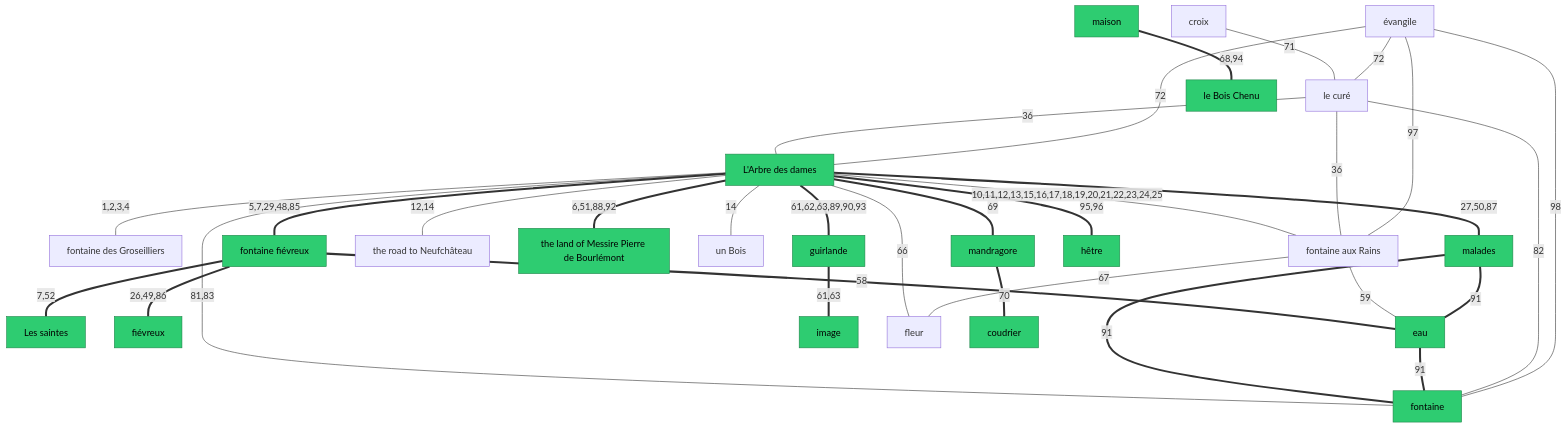
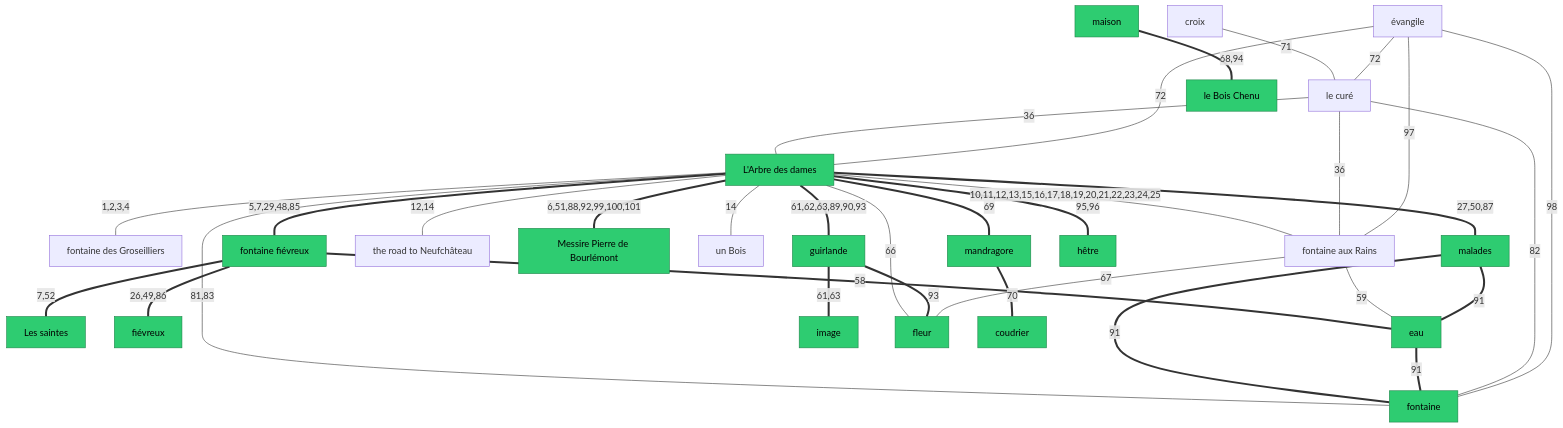
Before and after one commit to kitty-catt/the-location-of-the-arbre-des-dames-and-the-spring-of-joan-of-arc: the diagram in README.md, drawn with Mermaid. The commit also changed 2 other files, not shown here.

Commit message:
be accurate about the words

````diff
--- a/README.md
+++ b/README.md
@@ -39,62 +39,63 @@
 ```mermaid
 graph TD
     classDef jeanneSourced fill:#2ecc71,stroke:#1e8449,color:#000;
 
     N1["L'Arbre des dames"]
     N3["fontaine des Groseilliers"]
     N4["fontaine fiévreux"]
     N5["fontaine aux Rains"]
     N6["the road to Neufchâteau"]
-    N7["the land of Messire Pierre de Bourlémont"]
+    N39["Messire Pierre de Bourlémont"]
     N8["un Bois"]
     N9["Les saintes"]
     N10["fiévreux"]
     N11["malades"]
     N13["le curé"]
     N19["fontaine"]
     N24["eau"]
     N26["guirlande"]
     N27["image"]
     N29["fleur"]
     N30["maison"]
     N31["mandragore"]
     N32["coudrier"]
     N33["croix"]
     N34["évangile"]
     N36["le Bois Chenu"]
     N38["hêtre"]
 
     N1 -- "1,2,3,4" --- N3
     N1 == "5,7,29,48,85" === N4
-    N1 == "6,51,88,92" === N7
+    N1 == "6,51,88,92,99,100,101" === N39
     N4 == "7,52" === N9
     N4 == "26,49,86" === N10
     N1 == "27,50,87" === N11
     N1 -- "10,11,12,13,15,16,17,18,19,20,21,22,23,24,25" --- N5
     N1 -- "12,14" --- N6
     N1 -- "14" --- N8
     N1 -- "81,83" --- N19
     N4 == "58" === N24
     N5 -- "59" --- N24
     N1 == "61,62,63,89,90,93" === N26
     N26 == "61,63" === N27
     N1 -- "66" --- N29
+    N26 == "93" === N29
     N5 -- "67" --- N29
     N30 == "68,94" === N36
     N1 == "69" === N31
     N31 == "70" === N32
     N11 == "91" === N19
     N24 == "91" === N19
     N11 == "91" === N24
     N13 -- "36" --- N1
     N13 -- "36" --- N5
     N13 -- "82" --- N19
     N33 -- "71" --- N13
     N34 -- "72" --- N1
     N34 -- "72" --- N13
     N34 -- "97" --- N5
     N34 -- "98" --- N19
     N1 == "95,96" === N38
 
-    class N1,N4,N7,N9,N10,N11,N19,N24,N26,N27,N30,N31,N32,N36,N38 jeanneSourced
+    class N1,N4,N9,N10,N11,N19,N24,N26,N27,N29,N30,N31,N32,N36,N38,N39 jeanneSourced
 ```
````
